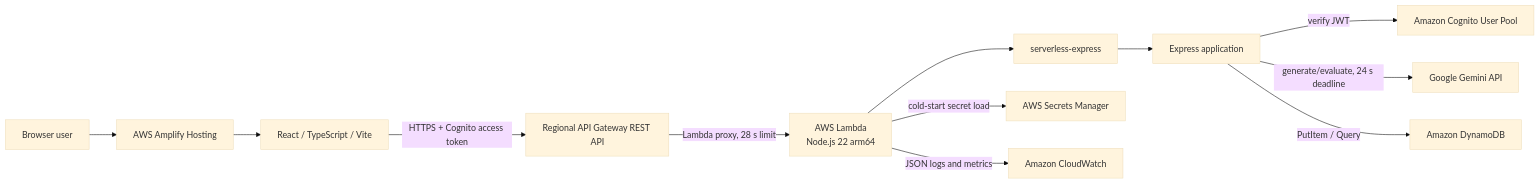
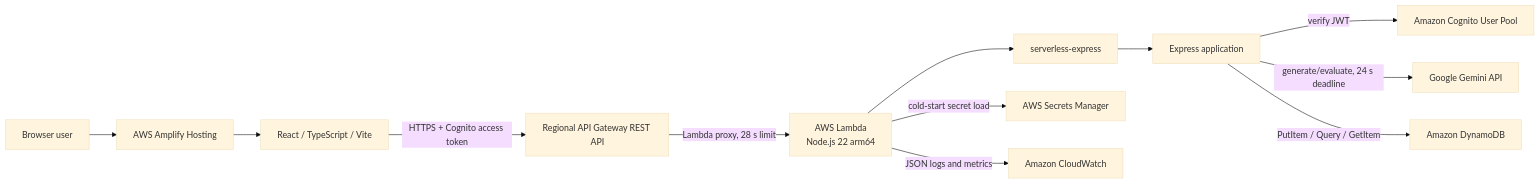
The diagram in docs/architecture.md (ManushreeHK/ai-mock-interview-platform), drawn with Mermaid (base theme) before and after one commit. The commit also changed other lines of this file and 30 other files, not shown here.

Commit message:
added interview history flow

````diff
--- a/docs/architecture.md
+++ b/docs/architecture.md
@@ -7,25 +7,25 @@
 ```mermaid
 flowchart LR
   User[Browser user]
   Amplify[AWS Amplify Hosting]
   Client[React / TypeScript / Vite]
   APIGW[Regional API Gateway REST API]
   Lambda[AWS Lambda<br/>Node.js 22 arm64]
   Adapter[serverless-express]
   Express[Express application]
   Cognito[Amazon Cognito User Pool]
   Secrets[AWS Secrets Manager]
   Gemini[Google Gemini API]
   DynamoDB[Amazon DynamoDB]
   CloudWatch[Amazon CloudWatch]
 
   User --> Amplify --> Client
   Client -->|HTTPS + Cognito access token| APIGW
   APIGW -->|Lambda proxy, 28 s limit| Lambda
   Lambda --> Adapter --> Express
   Express -->|verify JWT| Cognito
   Lambda -->|cold-start secret load| Secrets
   Express -->|generate/evaluate, 24 s deadline| Gemini
-  Express -->|PutItem / Query| DynamoDB
+  Express -->|PutItem / Query / GetItem| DynamoDB
   Lambda -->|JSON logs and metrics| CloudWatch
 ```
````
